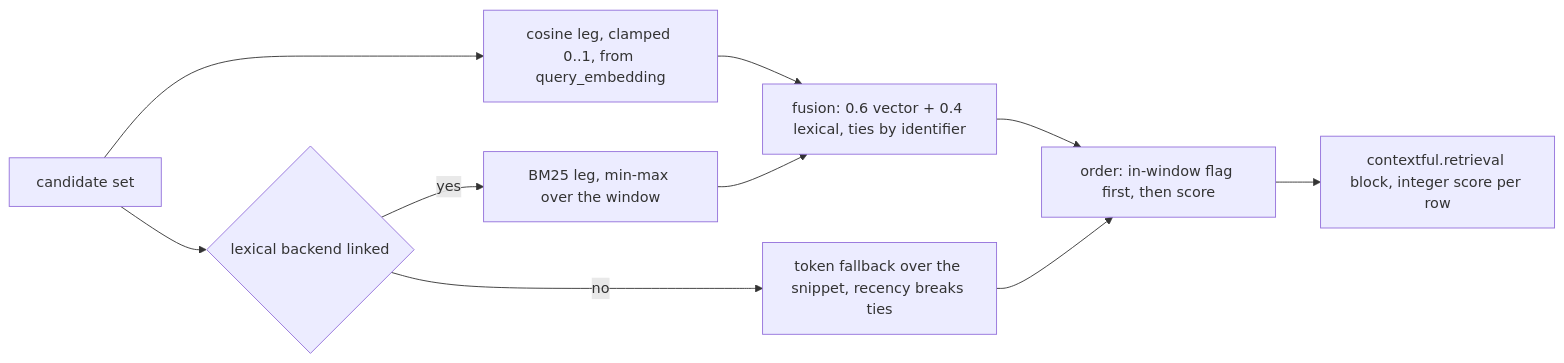
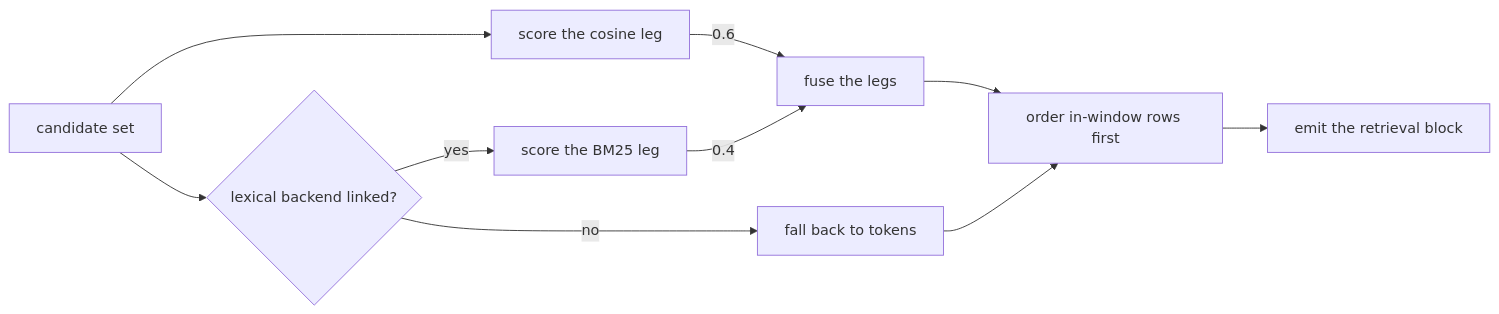
Before and after one commit to fractalboxdev/contextful: the fourth of 5 diagrams in spec/20-read.md, drawn with Mermaid. The commit also changed other lines of this file and 24 other files, not shown here.

First line of the commit message:
spec: every flowchart draws one entity or process per node

````diff
--- a/spec/20-read.md
+++ b/spec/20-read.md
@@ -270,12 +264,12 @@
 ```mermaid
 flowchart LR
-  C["candidate set"] --> V["cosine leg, clamped 0..1, from query_embedding"]
-  C --> L{"lexical backend linked"}
-  L -- "yes" --> B["BM25 leg, min-max over the window"]
-  L -- "no" --> TF["token fallback over the snippet, recency breaks ties"]
-  V --> FU["fusion: 0.6 vector + 0.4 lexical, ties by identifier"]
-  B --> FU
-  FU --> ORD["order: in-window flag first, then score"]
+  C["candidate set"] --> V["score the cosine leg"]
+  C --> L{"lexical backend linked?"}
+  L -- "yes" --> B["score the BM25 leg"]
+  L -- "no" --> TF["fall back to tokens"]
+  V -- "0.6" --> FU["fuse the legs"]
+  B -- "0.4" --> FU
+  FU --> ORD["order in-window rows first"]
   TF --> ORD
-  ORD --> BLK["contextful.retrieval block, integer score per row"]
+  ORD --> BLK["emit the retrieval block"]
 ```
````
